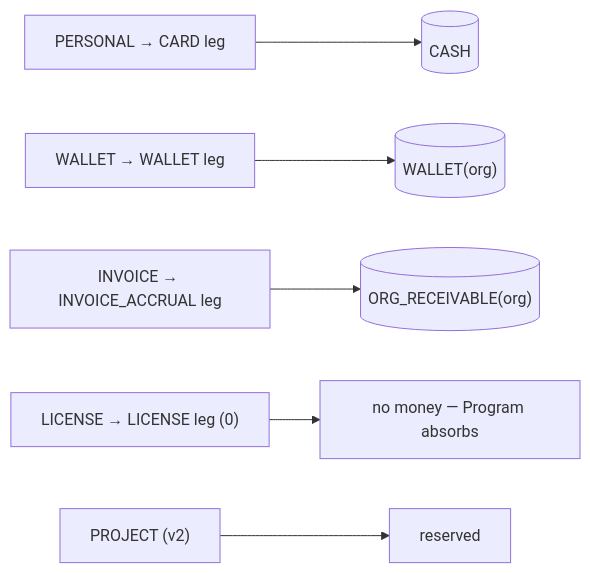
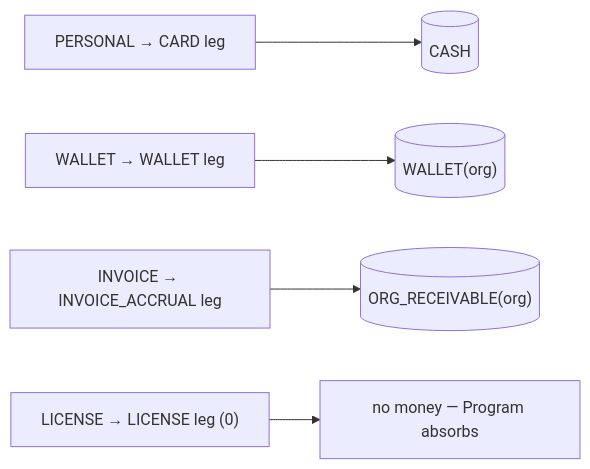
One commit to Practitionist/familiarise_web changed the diagram in docs/enterprise/02-funding-and-programs.md. Above: the diagram before and after it, drawn with Mermaid. The commit also changed other lines of this file and 46 other files, not shown here.

````diff
--- a/docs/enterprise/02-funding-and-programs.md
+++ b/docs/enterprise/02-funding-and-programs.md
@@ -51,8 +53,7 @@
 ```mermaid
 flowchart LR
   PERSONAL["PERSONAL → CARD leg"] --> CASH[(CASH)]
   WALLET["WALLET → WALLET leg"] --> W[("WALLET(org)")]
   INVOICE["INVOICE → INVOICE_ACCRUAL leg"] --> AR[("ORG_RECEIVABLE(org)")]
   LICENSE["LICENSE → LICENSE leg (0)"] --> NONE["no money — Program absorbs"]
-  PROJECT["PROJECT (v2)"] --> V2["reserved"]
 ```
````
